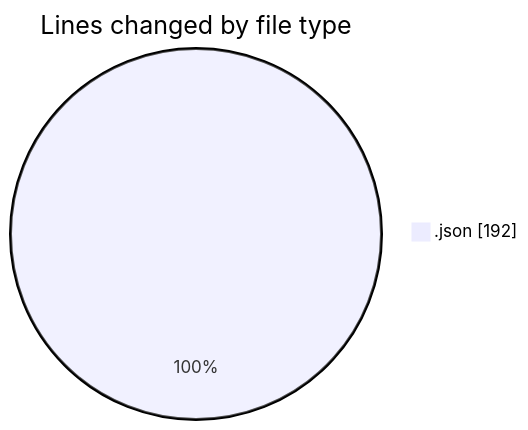
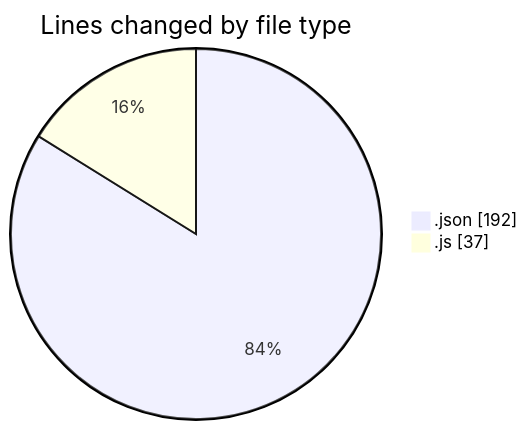
Before and after one commit to Ritupan-Deka/code-tracking: the first of 2 diagrams in 2025-07-05/hidden_search_widget/README.md, drawn with Mermaid. The commit also changed other lines of this file and 1 other file, not shown here.

````diff
--- a/2025-07-05/hidden_search_widget/README.md
+++ b/2025-07-05/hidden_search_widget/README.md
@@ -20,5 +21,6 @@
 ```mermaid
 pie showData
 title Lines changed by file type
 ".json" : 192
+".js" : 37
 ```
````
